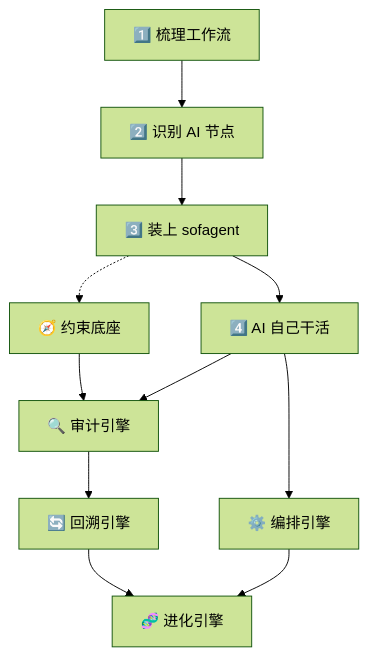
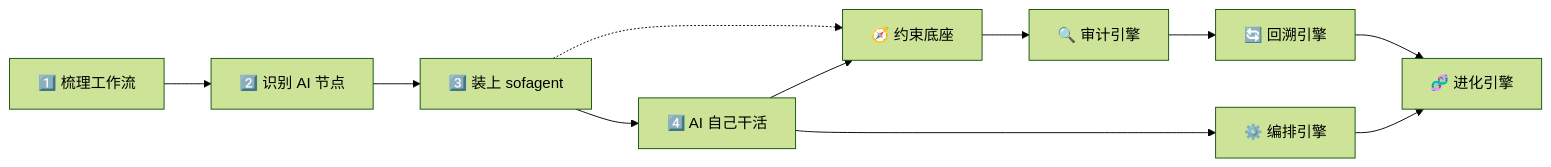
The first of 5 diagrams in README.md (KongFangXun/sofagent), drawn with Mermaid (forest theme) before and after one commit. The commit also changed 1 other file, not shown here.

Commit message:
docs: FDE Mermaid横向布局 — TB→LR 节省纵向空间

````diff
--- a/README.md
+++ b/README.md
@@ -100,14 +100,14 @@
 ```mermaid
-graph TB
+graph LR
     A["1️⃣ 梳理工作流"] --> B["2️⃣ 识别 AI 节点"]
     B --> C["3️⃣ 装上 sofagent"]
     C --> D["4️⃣ AI 自己干活"]
 
-    E["🧭 约束底座"] --> F["🔍 审计引擎"]
+    C -.-> E["🧭 约束底座"]
+    D --> E
+    E --> F["🔍 审计引擎"]
     F --> G["🔄 回溯引擎"]
     D --> H["⚙️ 编排引擎"]
     G --> I["🧬 进化引擎"]
     H --> I
-    C -.-> E
-    D --> F
 ```
````
